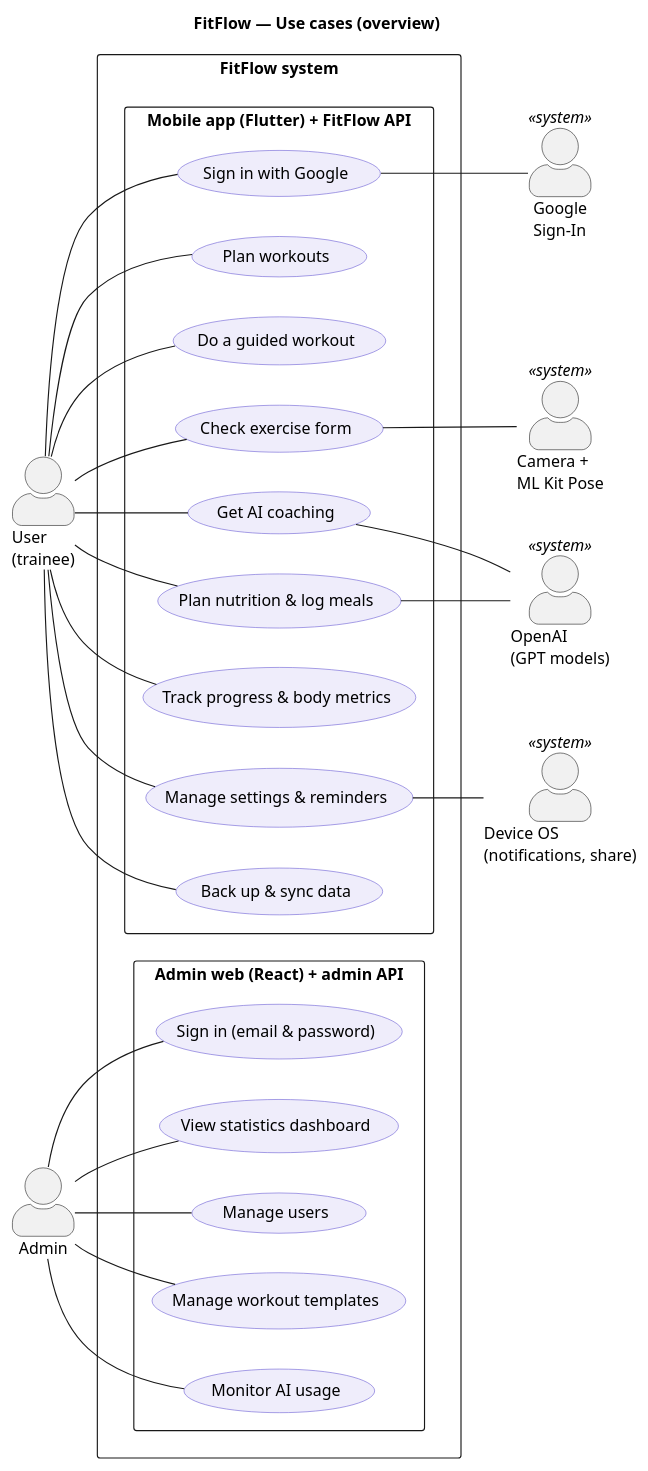
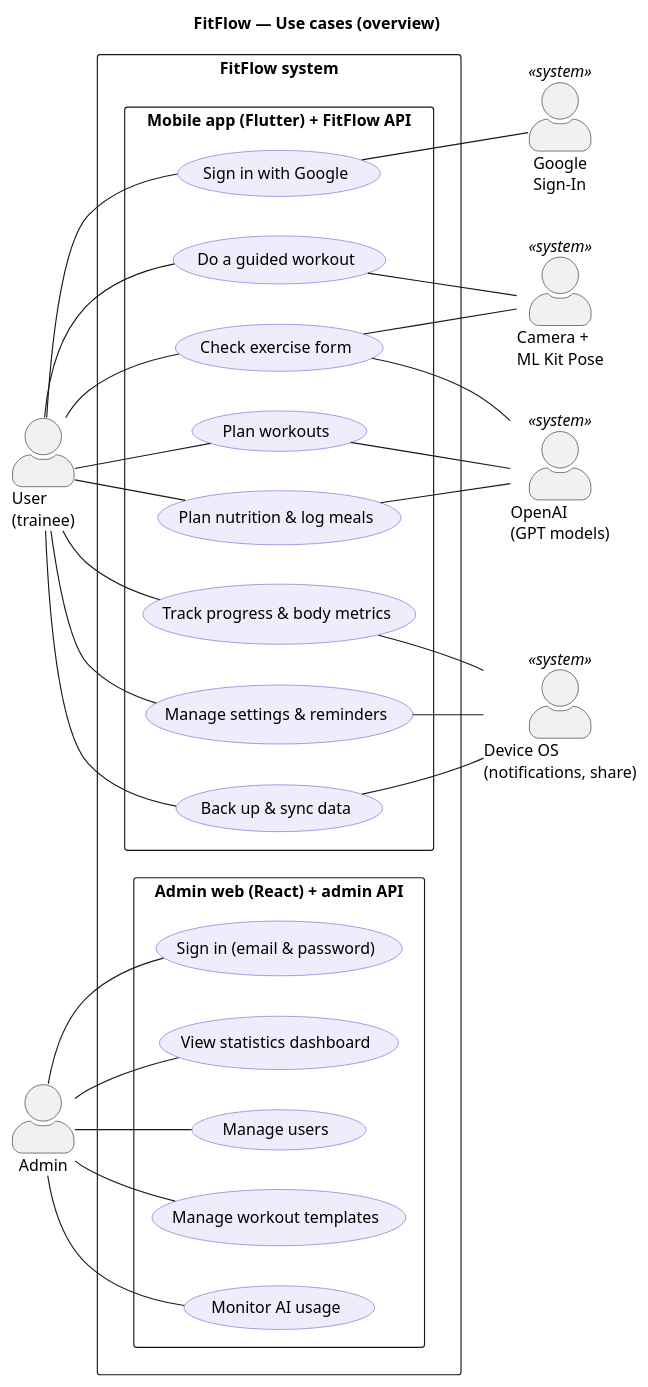
Before and after one commit to PRM-393-G5/fitflow: the first of 7 diagrams in docs/usecase.puml, drawn with PlantUML. The commit also changed other lines of this file and 10 other files, not shown here.

```diff
--- a/docs/usecase.puml
+++ b/docs/usecase.puml
@@ -1,55 +1,57 @@
 @startuml fitflow-usecase-overview
 title FitFlow — Use cases (overview)
 left to right direction
 skinparam packageStyle rectangle
 skinparam actorStyle awesome
 skinparam usecase {
   BackgroundColor #EFEDFB
   BorderColor #6558D3
 }
 actor "User\n(trainee)" as user
 actor "Admin" as admin
 actor "Google\nSign-In" as google <<system>>
 actor "Camera +\nML Kit Pose" as camera <<system>>
 actor "OpenAI\n(GPT models)" as openai <<system>>
 actor "Device OS\n(notifications, share)" as os <<system>>
 rectangle "FitFlow system" {
   package "Mobile app (Flutter) + FitFlow API" {
     usecase "Sign in with Google" as o1
-    usecase "Plan workouts" as o2
-    usecase "Do a guided workout" as o3
-    usecase "Check exercise form" as o4
-    usecase "Get AI coaching" as o5
-    usecase "Plan nutrition & log meals" as o6
-    usecase "Track progress & body metrics" as o7
-    usecase "Manage settings & reminders" as o8
-    usecase "Back up & sync data" as o9
+    usecase "Do a guided workout" as o2
+    usecase "Check exercise form" as o3
+    usecase "Plan workouts" as o4
+    usecase "Plan nutrition & log meals" as o5
+    usecase "Track progress & body metrics" as o6
+    usecase "Manage settings & reminders" as o7
+    usecase "Back up & sync data" as o8
   }
   package "Admin web (React) + admin API" {
     usecase "Sign in (email & password)" as a1
     usecase "View statistics dashboard" as a2
     usecase "Manage users" as a3
     usecase "Manage workout templates" as a4
     usecase "Monitor AI usage" as a5
   }
 }
 user -- o1
 user -- o2
 user -- o3
 user -- o4
 user -- o5
 user -- o6
 user -- o7
 user -- o8
-user -- o9
 admin -- a1
 admin -- a2
 admin -- a3
 admin -- a4
 admin -- a5
 o1 -- google
-o4 -- camera
+o2 -- camera
+o3 -- camera
+o3 -- openai
+o4 -- openai
 o5 -- openai
-o6 -- openai
+o6 -- os
+o7 -- os
 o8 -- os
 @enduml
```
